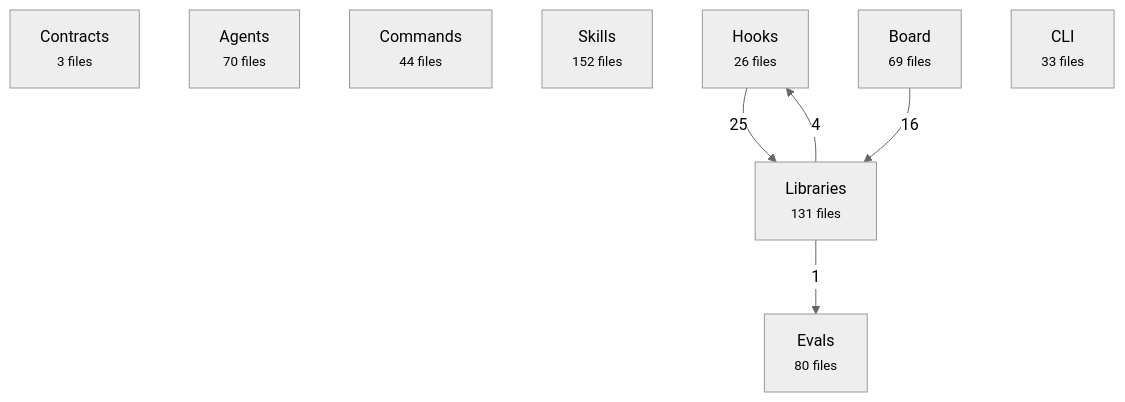
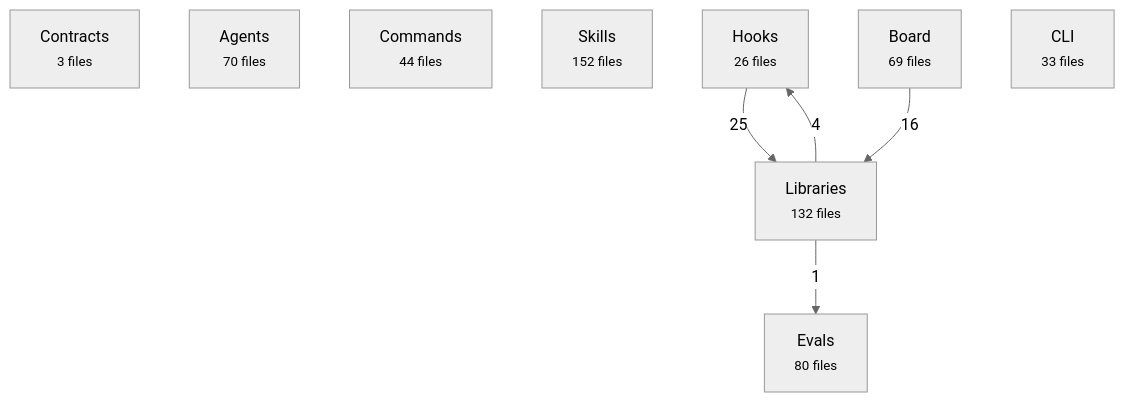
The first of 2 diagrams in docs/reference/architecture-map.md (avelikiy/great_cto), drawn with Mermaid (neutral theme) before and after one commit. The commit also changed other lines of this file and 4 other files, not shown here.

First line of the commit message:
feat(flow): how long a decision waits at a gate, and /inbox's stale gates report again

````diff
--- a/docs/reference/architecture-map.md
+++ b/docs/reference/architecture-map.md
@@ -20,16 +20,16 @@
 ```mermaid
 flowchart TD
   contracts["Contracts<br/><small>3 files</small>"]
   agents["Agents<br/><small>70 files</small>"]
   commands["Commands<br/><small>44 files</small>"]
   skills["Skills<br/><small>152 files</small>"]
   hooks["Hooks<br/><small>26 files</small>"]
-  libs["Libraries<br/><small>131 files</small>"]
+  libs["Libraries<br/><small>132 files</small>"]
   board["Board<br/><small>69 files</small>"]
   cli["CLI<br/><small>33 files</small>"]
   evals["Evals<br/><small>80 files</small>"]
   hooks -->|25| libs
   board -->|16| libs
   libs -->|4| hooks
   libs -->|1| evals
 ```
````
